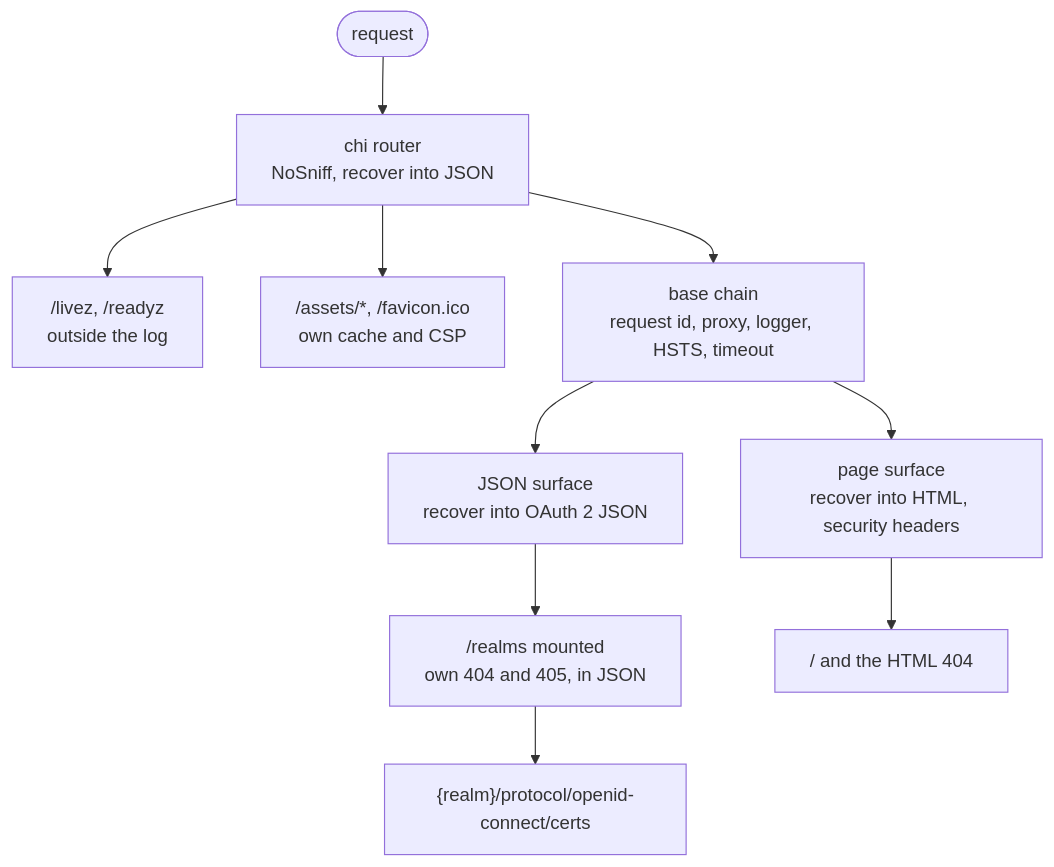
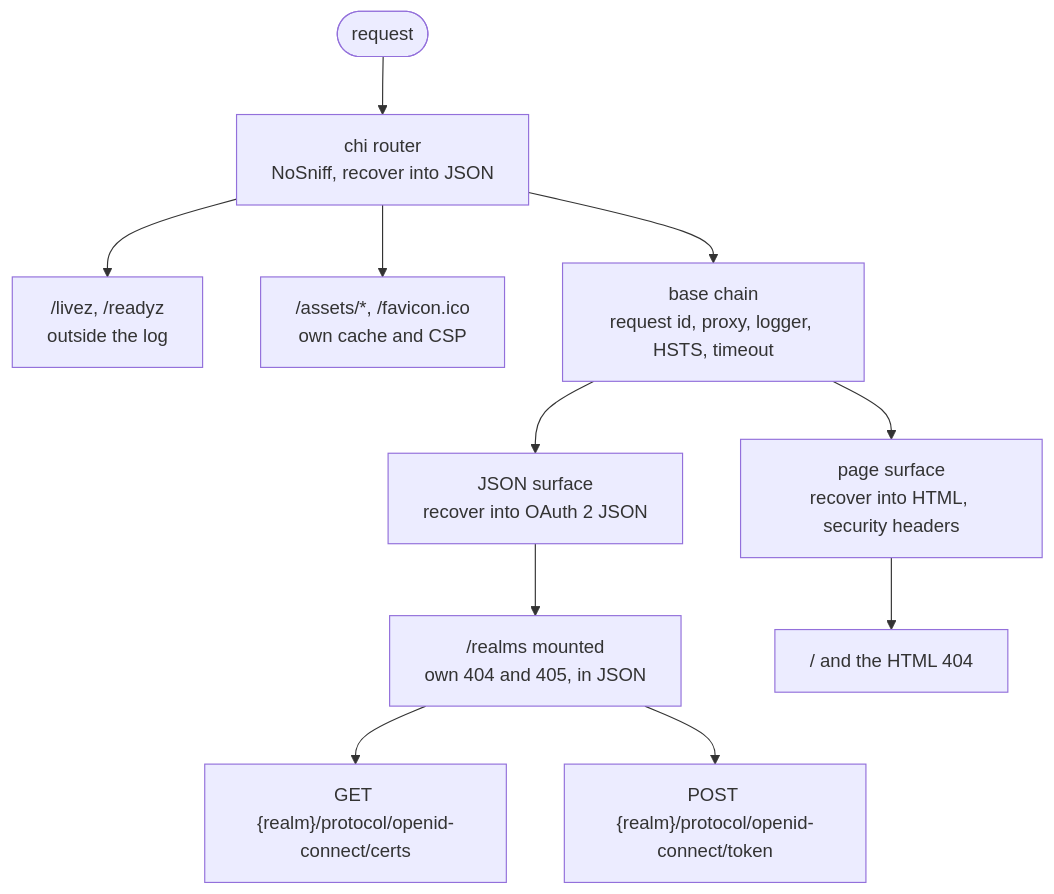
One commit to rootless-dev/aegis changed the ninth of 9 diagrams in docs/architecture.md. Above: the diagram before and after it, drawn with Mermaid. The commit also changed other lines of this file and 5 other files, not shown here.

````diff
--- a/docs/architecture.md
+++ b/docs/architecture.md
@@ -686,15 +1097,16 @@
 ```mermaid
 flowchart TD
     REQ([request]) --> ROOT["chi router<br/>NoSniff, recover into JSON"]
 
     ROOT --> PROBES["/livez, /readyz<br/>outside the log"]
     ROOT --> ASSETS["/assets/*, /favicon.ico<br/>own cache and CSP"]
     ROOT --> BASE["base chain<br/>request id, proxy, logger, HSTS, timeout"]
 
     BASE --> API["JSON surface<br/>recover into OAuth 2 JSON"]
     BASE --> PAGE["page surface<br/>recover into HTML, security headers"]
 
     API --> MOUNT["/realms mounted<br/>own 404 and 405, in JSON"]
-    MOUNT --> JWKS["{realm}/protocol/openid-connect/certs"]
+    MOUNT --> JWKS["GET {realm}/protocol/openid-connect/certs"]
+    MOUNT --> TOKEN["POST {realm}/protocol/openid-connect/token"]
     PAGE --> ROOTPAGE["/ and the HTML 404"]
 ```
````
